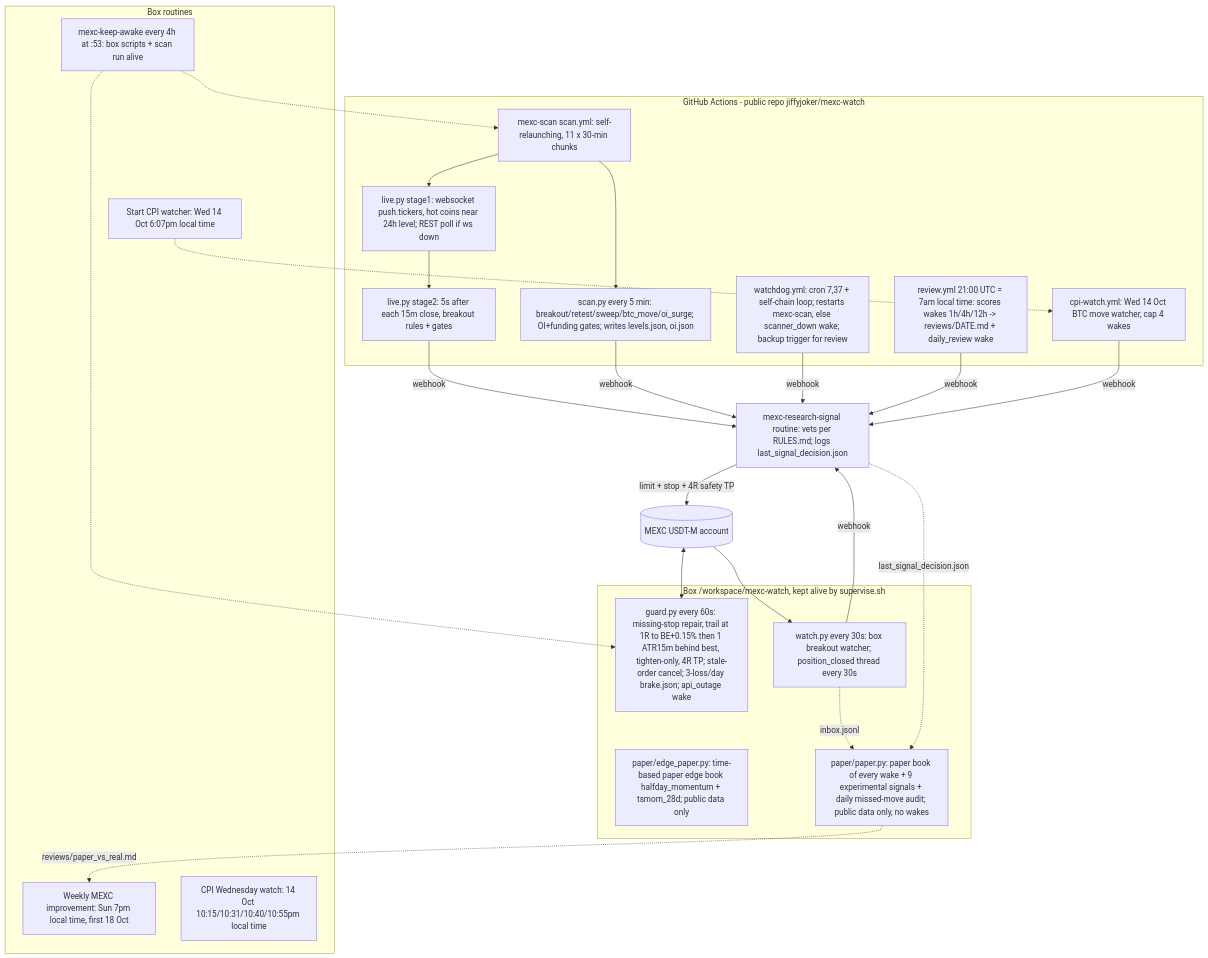
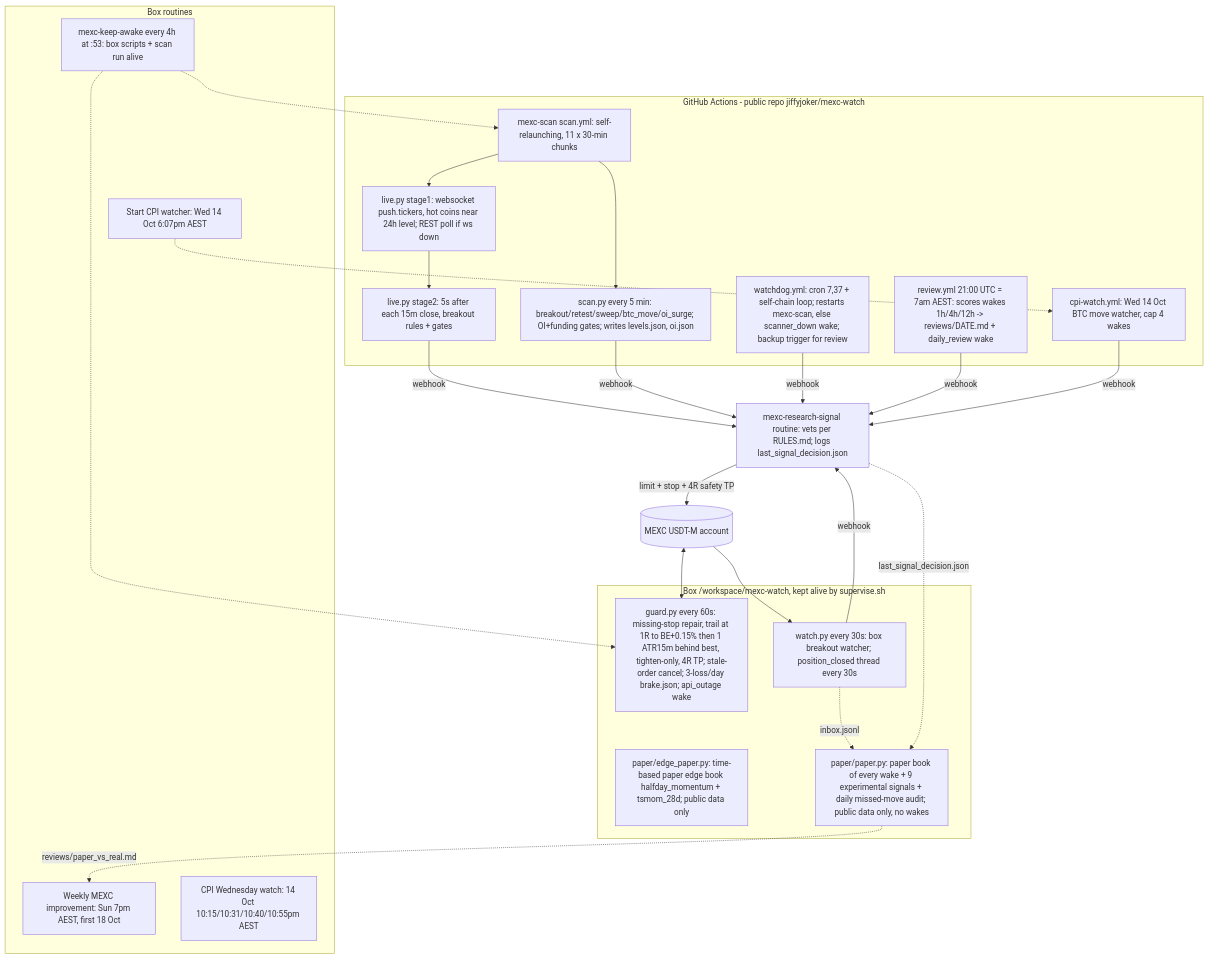
The diagram in SYSTEM_MAP.md (jiffyjoker/mexc-watch), drawn with Mermaid before and after one commit. The commit also changed other lines of this file and 6 other files, not shown here.

````diff
--- a/SYSTEM_MAP.md
+++ b/SYSTEM_MAP.md
@@ -5,40 +5,40 @@
 ```mermaid
 flowchart TD
   subgraph GH[GitHub Actions - public repo jiffyjoker/mexc-watch]
     SCAN[mexc-scan scan.yml: self-relaunching, 11 x 30-min chunks]
     WS[live.py stage1: websocket push.tickers, hot coins near 24h level; REST poll if ws down]
     S2[live.py stage2: 5s after each 15m close, breakout rules + gates]
     REST[scan.py every 5 min: breakout/retest/sweep/btc_move/oi_surge; OI+funding gates; writes levels.json, oi.json]
     WD[watchdog.yml: cron 7,37 + self-chain loop; restarts mexc-scan, else scanner_down wake; backup trigger for review]
-    RV[review.yml 21:00 UTC = 7am local time: scores wakes 1h/4h/12h -> reviews/DATE.md + daily_review wake]
+    RV[review.yml 21:00 UTC = 7am AEST: scores wakes 1h/4h/12h -> reviews/DATE.md + daily_review wake]
     CPI[cpi-watch.yml: Wed 14 Oct BTC move watcher, cap 4 wakes]
     SCAN --> WS --> S2
     SCAN --> REST
   end
   S2 -->|webhook| R[mexc-research-signal routine: vets per RULES.md; logs last_signal_decision.json]
   REST -->|webhook| R
   WD -->|webhook| R
   RV -->|webhook| R
   CPI -->|webhook| R
   R -->|limit + stop + 4R safety TP| MEXC[(MEXC USDT-M account)]
   subgraph BOX[Box /workspace/mexc-watch, kept alive by supervise.sh]
     G[guard.py every 60s: missing-stop repair, trail at 1R to BE+0.15% then 1 ATR15m behind best, tighten-only, 4R TP; stale-order cancel; 3-loss/day brake.json; api_outage wake]
     W[watch.py every 30s: box breakout watcher; position_closed thread every 30s]
     EP[paper/edge_paper.py: time-based paper edge book halfday_momentum + tsmom_28d; public data only]
     PB[paper/paper.py: paper book of every wake + 9 experimental signals + daily missed-move audit; public data only, no wakes]
   end
   MEXC <--> G
   MEXC --> W -->|webhook| R
   W -.->|inbox.jsonl| PB
   R -.->|last_signal_decision.json| PB
   PB -.->|reviews/paper_vs_real.md| WK
   subgraph RT[Box routines]
     KA[mexc-keep-awake every 4h at :53: box scripts + scan run alive]
-    CW[CPI Wednesday watch: 14 Oct 10:15/10:31/10:40/10:55pm local time]
-    SC[Start CPI watcher: Wed 14 Oct 6:07pm local time]
-    WK[Weekly MEXC improvement: Sun 7pm local time, first 18 Oct]
+    CW[CPI Wednesday watch: 14 Oct 10:15/10:31/10:40/10:55pm AEST]
+    SC[Start CPI watcher: Wed 14 Oct 6:07pm AEST]
+    WK[Weekly MEXC improvement: Sun 7pm AEST, first 18 Oct]
   end
   KA -.-> SCAN
   KA -.-> G
   SC -.-> CPI
 ```
````
